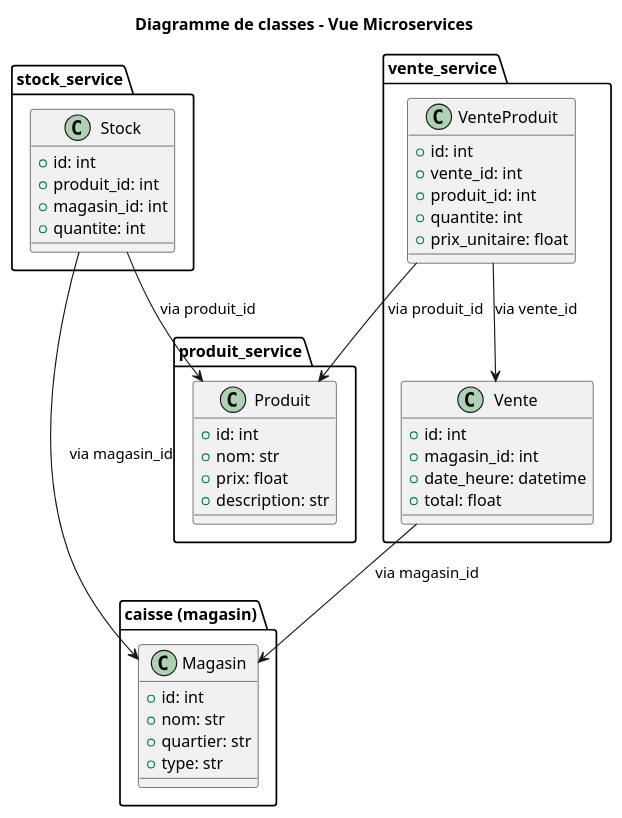
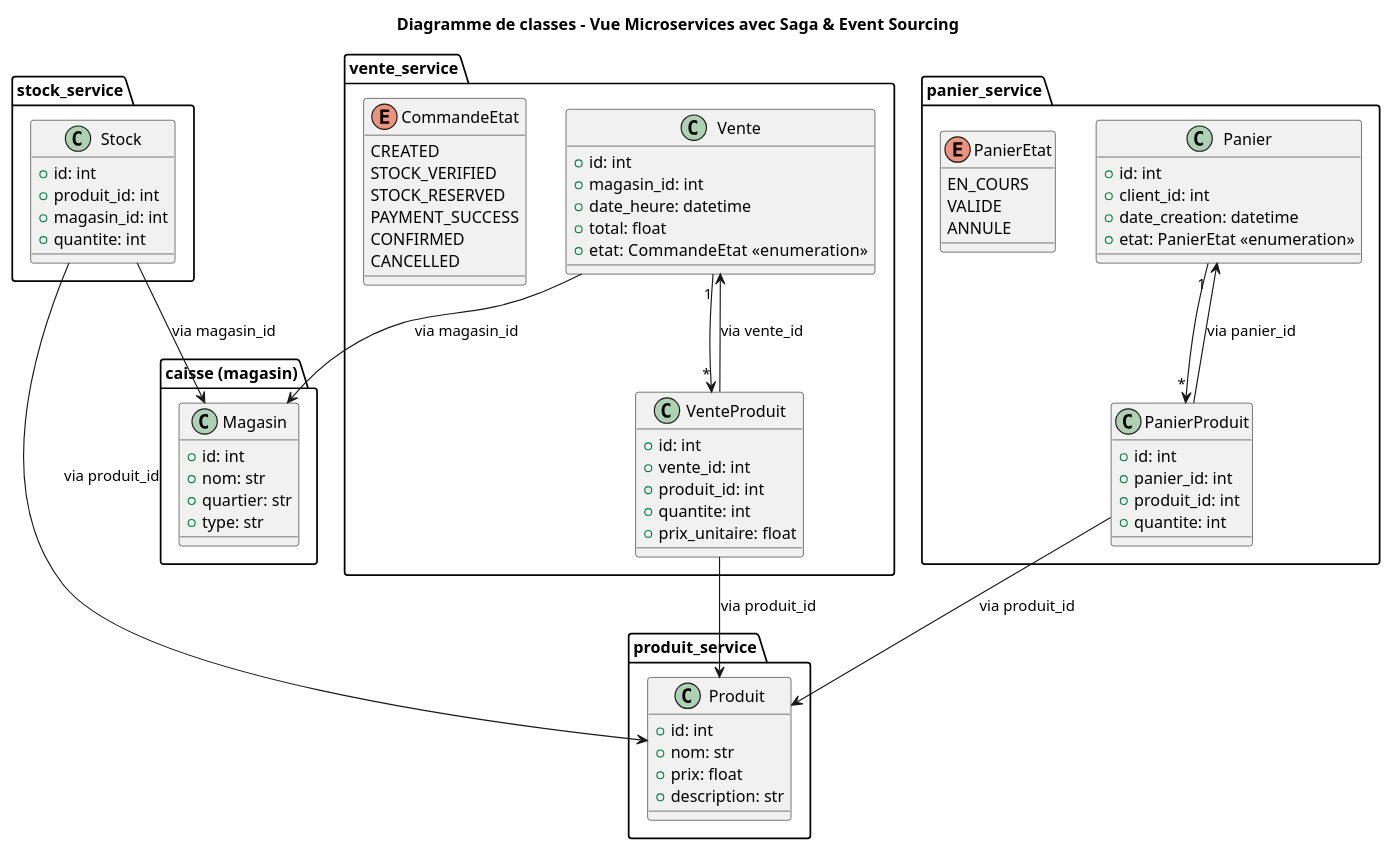
The second of 5 diagrams in docs/Rapport.md (CedricBosseETS/Lab0_CedricBosse), drawn with PlantUML before and after one commit. The commit also changed other lines of this file and 3 other files, not shown here.

````diff
--- a/docs/Rapport.md
+++ b/docs/Rapport.md
@@ -152,6 +189,6 @@
 ```plantuml
 @startuml
-title Diagramme de classes - Vue Microservices
+title Diagramme de classes - Vue Microservices avec Saga & Event Sourcing
 
 package "produit_service" {
     class Produit {
@@ -186,6 +223,7 @@
         +magasin_id: int
         +date_heure: datetime
         +total: float
+        +etat: CommandeEtat  <<enumeration>>
     }
 
     class VenteProduit {
@@ -195,15 +233,56 @@
         +quantite: int
         +prix_unitaire: float
     }
+
+    enum CommandeEtat {
+        CREATED
+        STOCK_VERIFIED
+        STOCK_RESERVED
+        PAYMENT_SUCCESS
+        CONFIRMED
+        CANCELLED
+    }
 }
 
-' Relations externes (par IDs simulés)
+package "panier_service" {
+    class Panier {
+        +id: int
+        +client_id: int
+        +date_creation: datetime
+        +etat: PanierEtat <<enumeration>>
+    }
+    
+    class PanierProduit {
+        +id: int
+        +panier_id: int
+        +produit_id: int
+        +quantite: int
+    }
+
+    enum PanierEtat {
+        EN_COURS
+        VALIDE
+        ANNULE
+    }
+}
+
+' Relations externes (par IDs)
 Stock --> Produit : via produit_id
 Stock --> Magasin : via magasin_id
 Vente --> Magasin : via magasin_id
 VenteProduit --> Vente : via vente_id
 VenteProduit --> Produit : via produit_id
+PanierProduit --> Panier : via panier_id
+PanierProduit --> Produit : via produit_id
+
+' Liens conceptuels
+Vente "1" --> "*" VenteProduit
+Panier "1" --> "*" PanierProduit
+
+' Event sourcing : Evenement stocke tous les événements métier
+' ReportingProjection est une vue matérialisée créée à partir des événements
 
 @enduml
 
+
 ```
````
